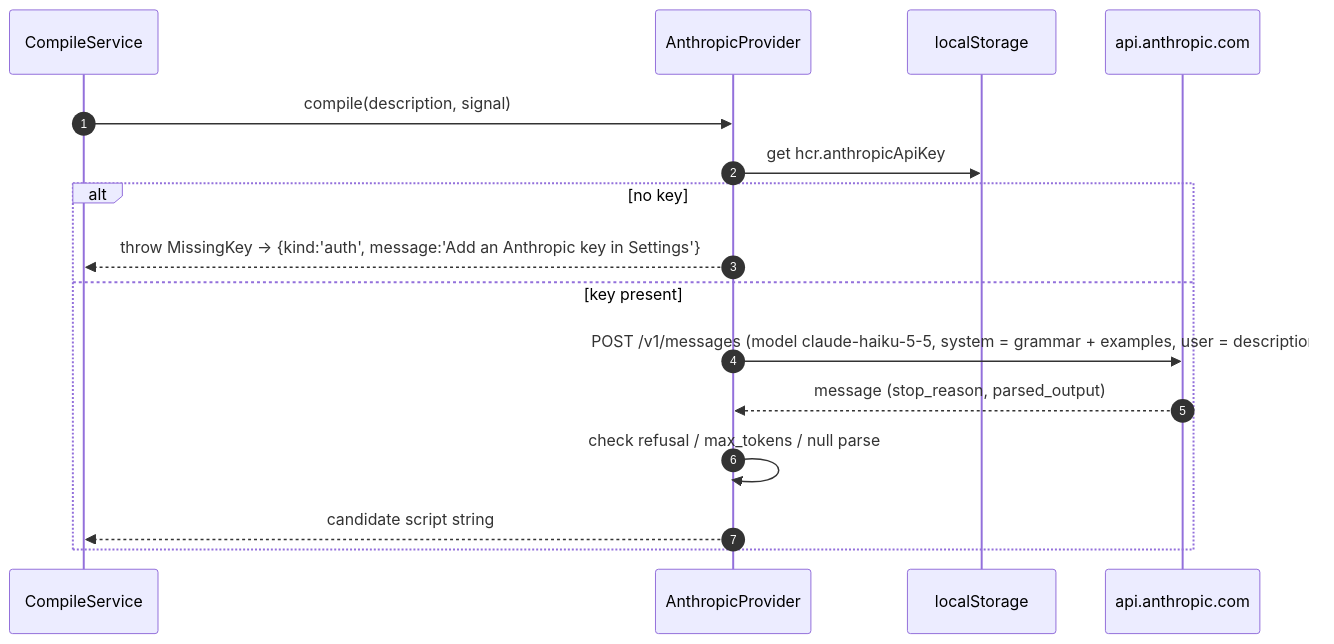
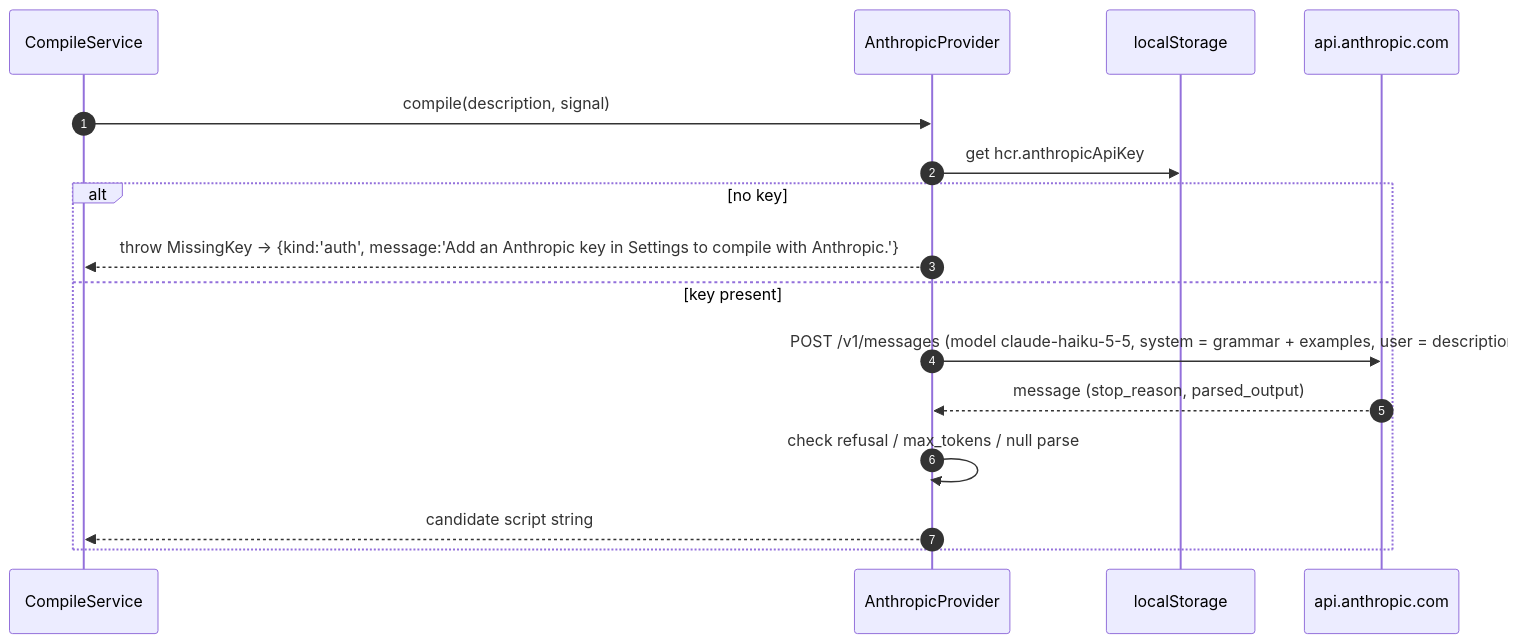
The second of 4 diagrams in .kiro/specs/flip-card/design.md (run58669-maker/hypercard-reborn), drawn with Mermaid before and after one commit. The commit also changed other lines of this file and 23 other files, not shown here.

````diff
--- a/.kiro/specs/flip-card/design.md
+++ b/.kiro/specs/flip-card/design.md
@@ -267,19 +438,19 @@
 ```mermaid
 sequenceDiagram
   autonumber
   participant CS as CompileService
   participant AP as AnthropicProvider
   participant LS as localStorage
   participant API as api.anthropic.com
 
   CS->>AP: compile(description, signal)
   AP->>LS: get hcr.anthropicApiKey
   alt no key
-    AP-->>CS: throw MissingKey  → {kind:'auth', message:'Add an Anthropic key in Settings'}
+    AP-->>CS: throw MissingKey  → {kind:'auth', message:'Add an Anthropic key in Settings to compile with Anthropic.'}
   else key present
     AP->>API: POST /v1/messages (model claude-haiku-5-5, system = grammar + examples, user = description)
     API-->>AP: message (stop_reason, parsed_output)
     AP->>AP: check refusal / max_tokens / null parse
     AP-->>CS: candidate script string
   end
 ```
````
